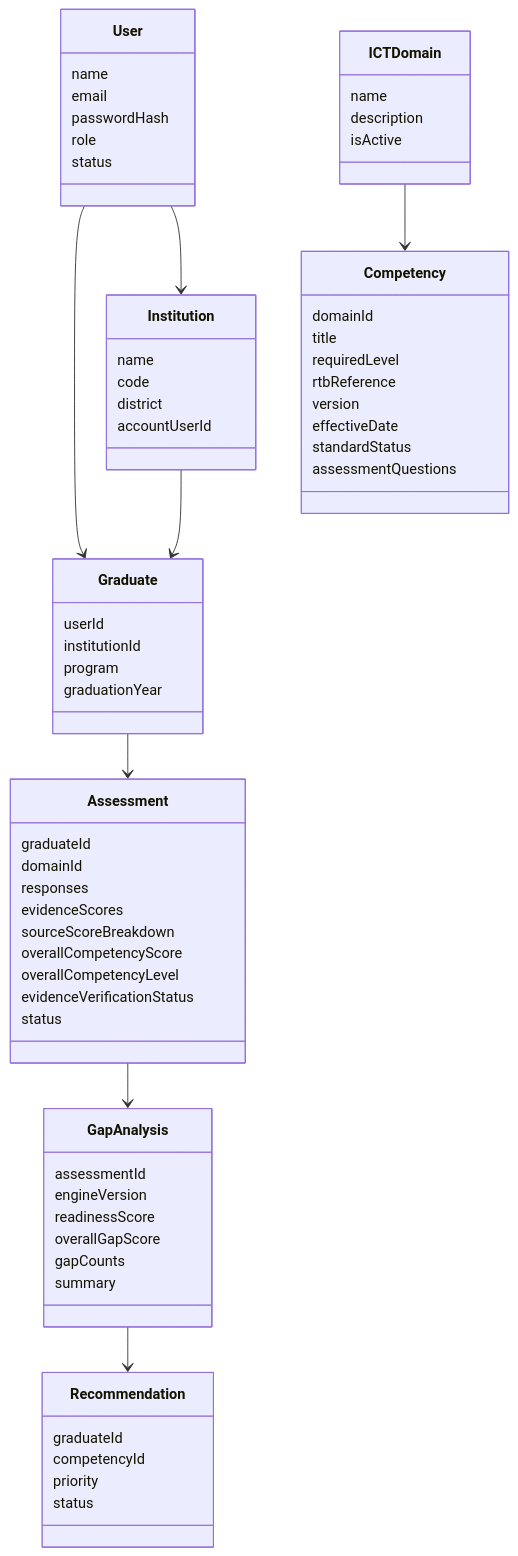
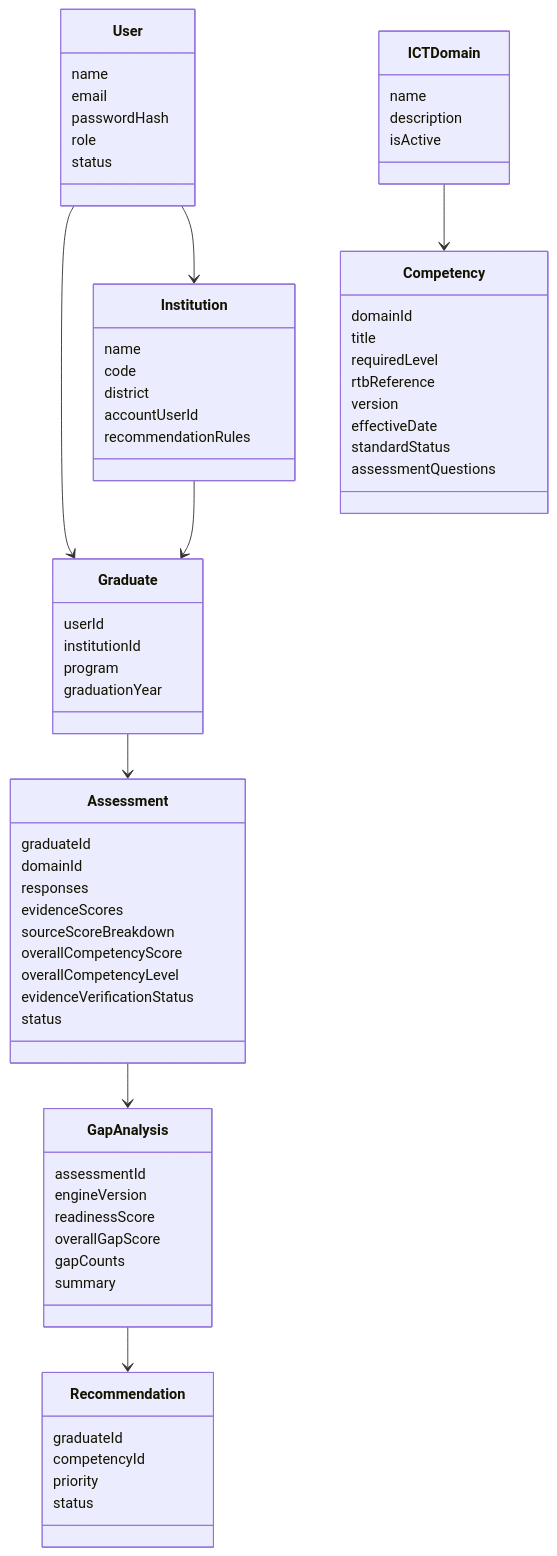
One commit to fniyonshuti/Skillgap-project changed the second of 4 diagrams in docs/PROJECT_BLUEPRINT.md. Above: the diagram before and after it, drawn with Mermaid. The commit also changed other lines of this file and 37 other files, not shown here.

````diff
--- a/docs/PROJECT_BLUEPRINT.md
+++ b/docs/PROJECT_BLUEPRINT.md
@@ -157,77 +160,78 @@
 ```mermaid
 classDiagram
     class User {
       name
       email
       passwordHash
       role
       status
     }
 
     class Institution {
       name
       code
       district
       accountUserId
+      recommendationRules
     }
 
     class Graduate {
       userId
       institutionId
       program
       graduationYear
     }
 
     class ICTDomain {
       name
       description
       isActive
     }
 
     class Competency {
       domainId
       title
       requiredLevel
       rtbReference
       version
       effectiveDate
       standardStatus
       assessmentQuestions
     }
 
     class Assessment {
       graduateId
       domainId
       responses
       evidenceScores
       sourceScoreBreakdown
       overallCompetencyScore
       overallCompetencyLevel
       evidenceVerificationStatus
       status
     }
 
     class GapAnalysis {
       assessmentId
       engineVersion
       readinessScore
       overallGapScore
       gapCounts
       summary
     }
 
     class Recommendation {
       graduateId
       competencyId
       priority
       status
     }
 
     User --> Graduate
     User --> Institution
     Institution --> Graduate
     ICTDomain --> Competency
     Graduate --> Assessment
     Assessment --> GapAnalysis
     GapAnalysis --> Recommendation
 ```
````
